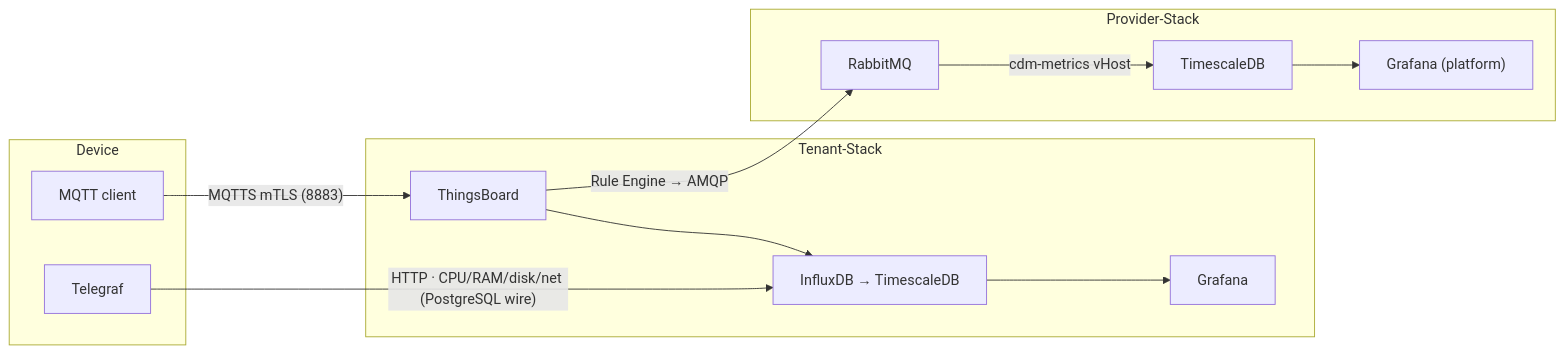
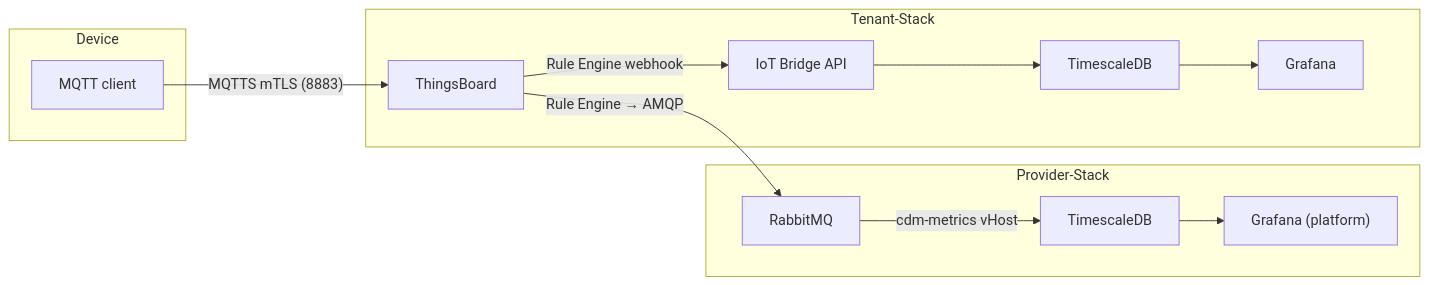
Before and after one commit to the78mole/complete-device-management: the first of 5 diagrams in docs/architecture/data-flow.md, drawn with Mermaid. The commit also changed other lines of this file and 4 other files, not shown here.

Commit message:
refactor: remove InfluxDB references and Telegraf configuration in favor of TimescaleDB

````diff
--- a/docs/architecture/data-flow.md
+++ b/docs/architecture/data-flow.md
@@ -10,26 +10,26 @@
 ```mermaid
 graph LR
     subgraph device[Device]
-        TLG[Telegraf]
         MQC[MQTT client]
     end
 
     subgraph tenant[Tenant-Stack]
         TB[ThingsBoard]
-        IDB_T[InfluxDB → TimescaleDB]
+        IBA[IoT Bridge API]
+        IDB_T[TimescaleDB]
         GRF_T[Grafana]
-        TB --> IDB_T --> GRF_T
+        TB -->|"Rule Engine webhook"| IBA
+        IBA --> IDB_T --> GRF_T
     end
 
     subgraph provider[Provider-Stack]
         RMQ[RabbitMQ]
         IDB_P[TimescaleDB]
         GRF_P["Grafana (platform)"]
         IDB_P --> GRF_P
     end
 
-    TLG -->|"HTTP · CPU/RAM/disk/net (PostgreSQL wire)"| IDB_T
     MQC -->|"MQTTS mTLS (8883)"| TB
     TB -->|"Rule Engine → AMQP"| RMQ
     RMQ -->|cdm-metrics vHost| IDB_P
 ```
````
